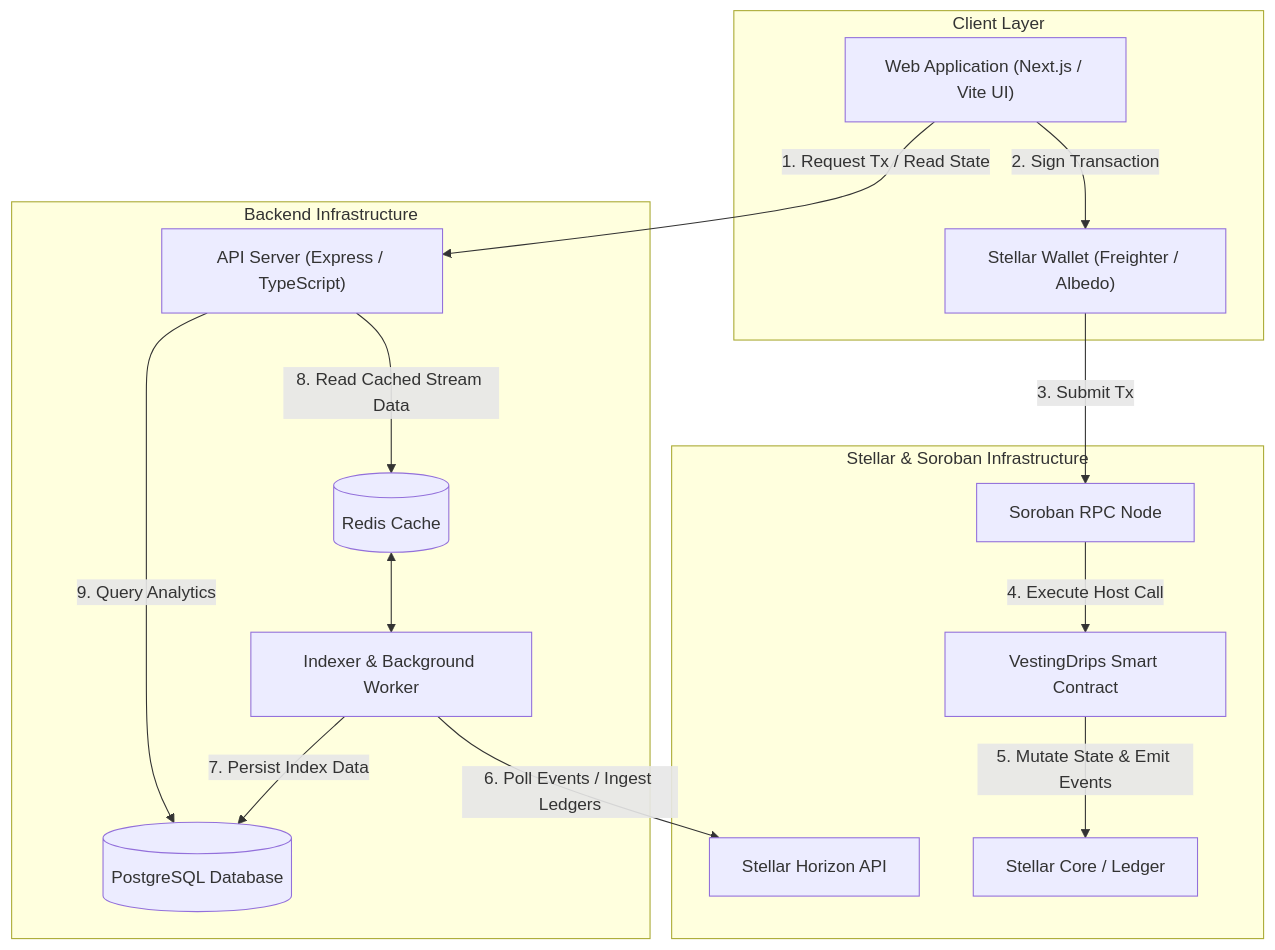
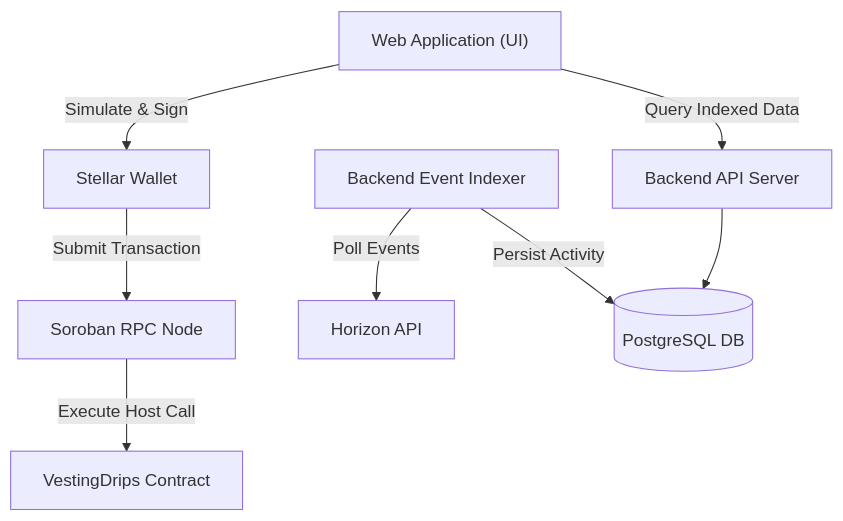
One commit to AlienScroll78/vesting-cliff-drip-stream changed the first of 8 diagrams in docs/architecture.md. Above: the diagram before and after it, drawn with Mermaid. The commit also changed other lines of this file, not shown here.

Commit message:
docs: write full-stack architecture documentation with Mermaid diagrams (#1071) (#1146)

````diff
--- a/docs/architecture.md
+++ b/docs/architecture.md
@@ -24,32 +26,10 @@
 ```mermaid
 flowchart TD
-    subgraph ClientLayer["Client Layer"]
-        UI["Web Application (Next.js / Vite UI)"]
-        Wallet["Stellar Wallet (Freighter / Albedo)"]
-    end
-
-    subgraph BackendLayer["Backend Infrastructure"]
-        API["API Server (Express / TypeScript)"]
-        Indexer["Indexer & Background Worker"]
-        Redis[("Redis Cache")]
-        Postgres[("PostgreSQL Database")]
-    end
-
-    subgraph StellarNetwork["Stellar & Soroban Infrastructure"]
-        Horizon["Stellar Horizon API"]
-        RPC["Soroban RPC Node"]
-        StellarCore["Stellar Core / Ledger"]
-        Contract["VestingDrips Smart Contract"]
-    end
-
-    UI -->|"1. Request Tx / Read State"| API
-    UI -->|"2. Sign Transaction"| Wallet
-    Wallet -->|"3. Submit Tx"| RPC
-    RPC -->|"4. Execute Host Call"| Contract
-    Contract -->|"5. Mutate State & Emit Events"| StellarCore
-    Indexer -->|"6. Poll Events / Ingest Ledgers"| Horizon
-    Indexer -->|"7. Persist Index Data"| Postgres
-    API -->|"8. Read Cached Stream Data"| Redis
-    API -->|"9. Query Analytics"| Postgres
-    Redis <--> Indexer
+    UI["Web Application (UI)"] -->|"Simulate & Sign"| Wallet["Stellar Wallet"]
+    Wallet -->|"Submit Transaction"| RPC["Soroban RPC Node"]
+    RPC -->|"Execute Host Call"| Contract["VestingDrips Contract"]
+    Indexer["Backend Event Indexer"] -->|"Poll Events"| Horizon["Horizon API"]
+    Indexer -->|"Persist Activity"| DB[("PostgreSQL DB")]
+    UI -->|"Query Indexed Data"| API["Backend API Server"]
+    API --> DB
 ```
````
